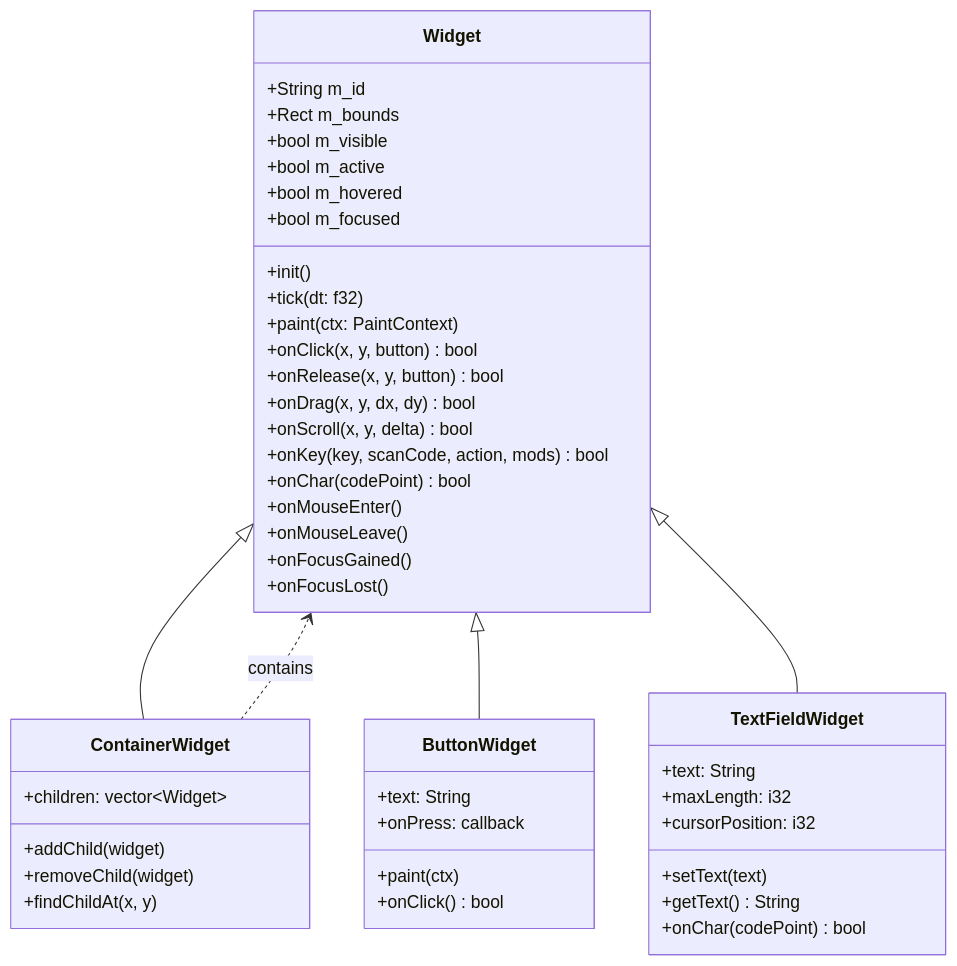
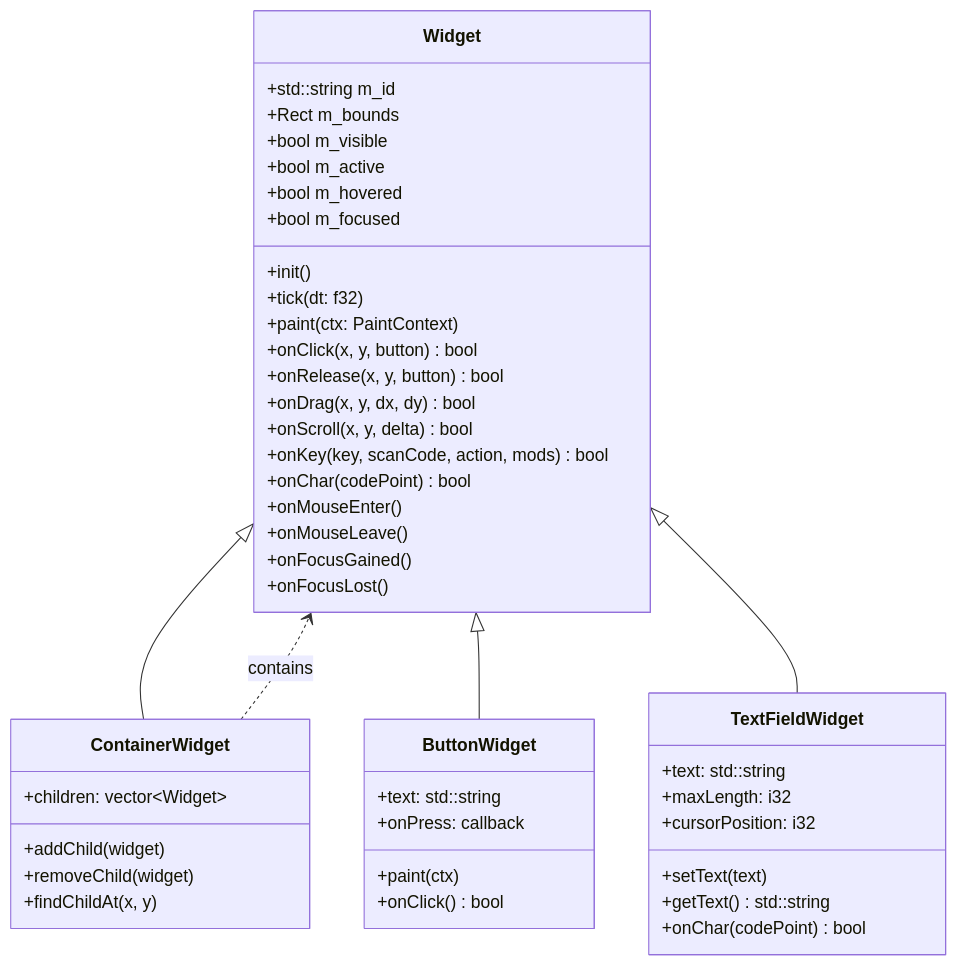
One commit to g122622/Cubium changed the first of 8 diagrams in src/client/ui/kagero/README.md. Above: the diagram before and after it, drawn with Mermaid. The commit also changed other lines of this file and 823 other files, not shown here.

````diff
--- a/src/client/ui/kagero/README.md
+++ b/src/client/ui/kagero/README.md
@@ -108,52 +108,52 @@
 ```mermaid
 classDiagram
     class Widget {
-        +String m_id
+        +std::string m_id
         +Rect m_bounds
         +bool m_visible
         +bool m_active
         +bool m_hovered
         +bool m_focused
         +init()
         +tick(dt: f32)
         +paint(ctx: PaintContext)
         +onClick(x, y, button) bool
         +onRelease(x, y, button) bool
         +onDrag(x, y, dx, dy) bool
         +onScroll(x, y, delta) bool
         +onKey(key, scanCode, action, mods) bool
         +onChar(codePoint) bool
         +onMouseEnter()
         +onMouseLeave()
         +onFocusGained()
         +onFocusLost()
     }
 
     class ContainerWidget {
         +children: vector~Widget~
         +addChild(widget)
         +removeChild(widget)
         +findChildAt(x, y)
     }
 
     class ButtonWidget {
-        +text: String
+        +text: std::string
         +onPress: callback
         +paint(ctx)
         +onClick() bool
     }
 
     class TextFieldWidget {
-        +text: String
+        +text: std::string
         +maxLength: i32
         +cursorPosition: i32
         +setText(text)
-        +getText() String
+        +getText() std::string
         +onChar(codePoint) bool
     }
 
     Widget <|-- ContainerWidget
     Widget <|-- ButtonWidget
     Widget <|-- TextFieldWidget
     ContainerWidget ..> Widget : contains
 ```
````
